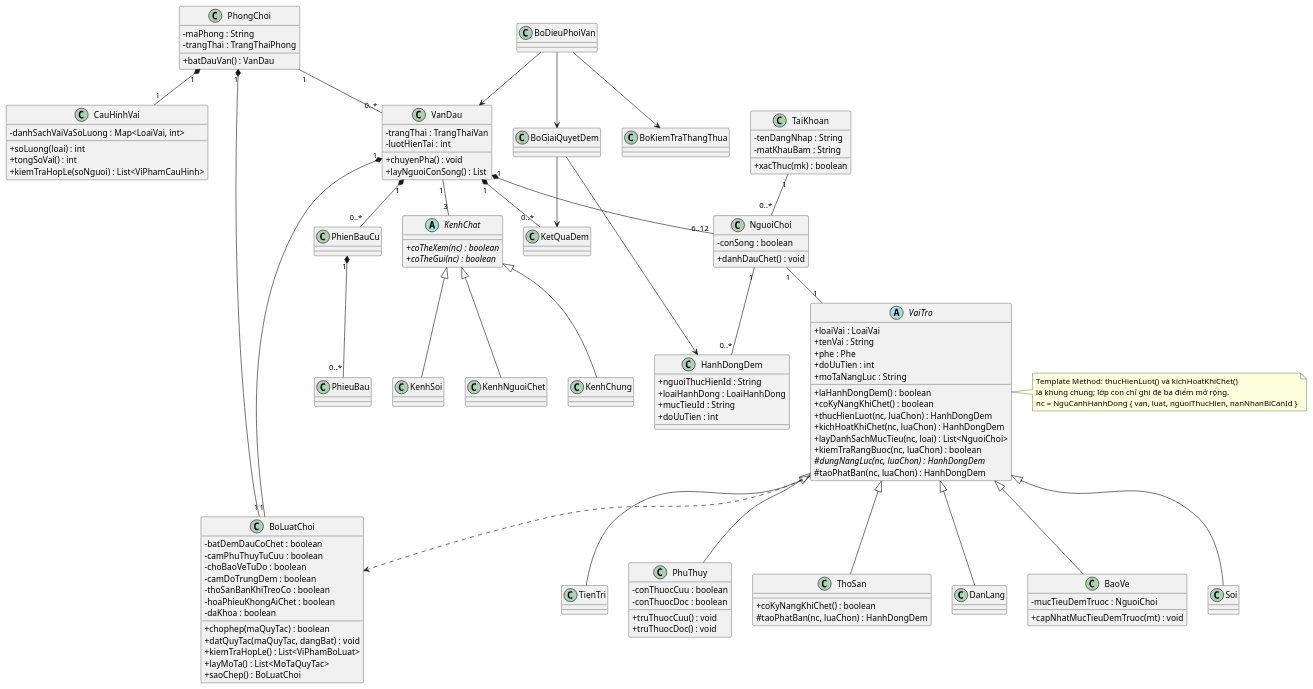
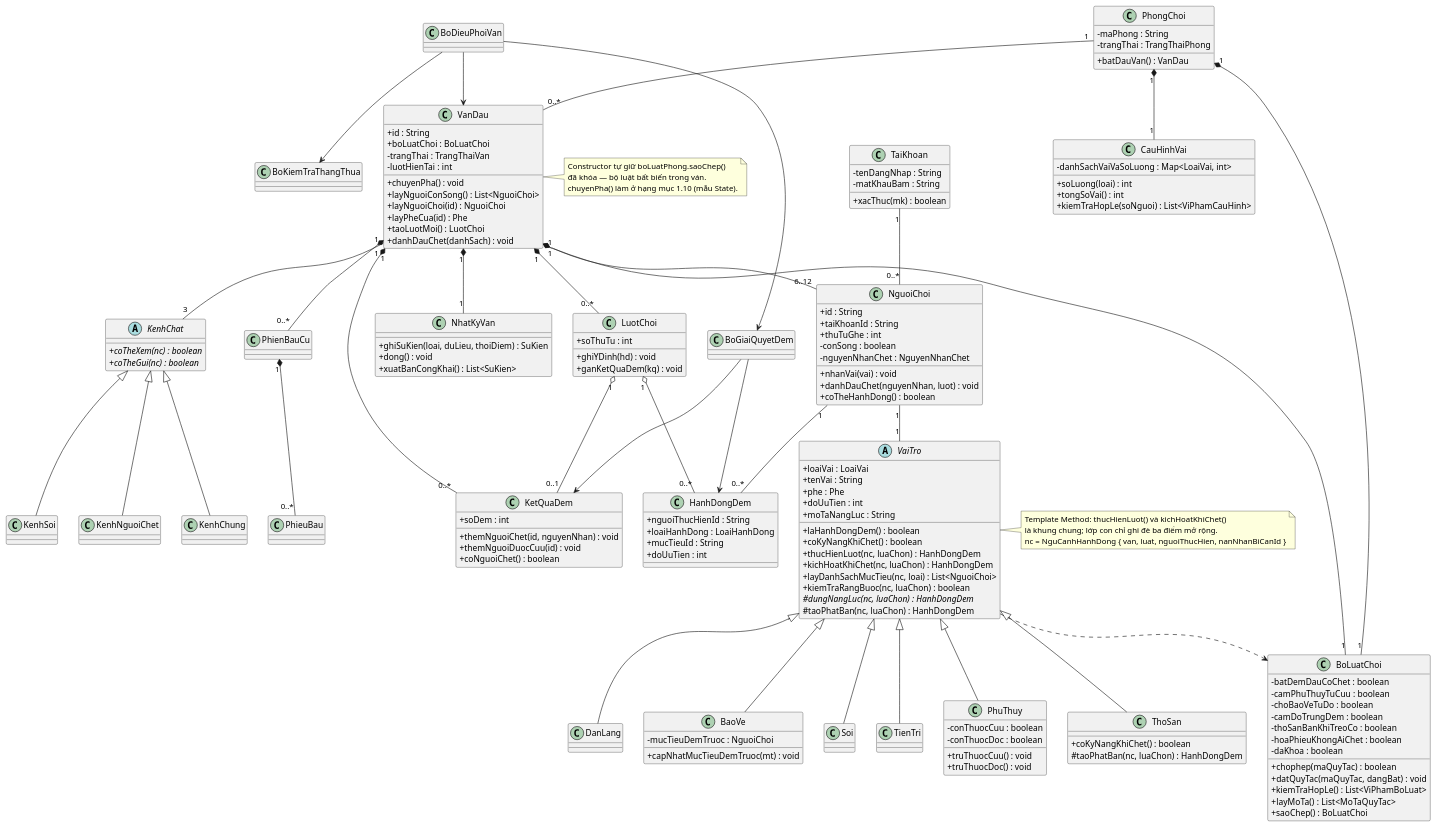
One commit to AlaVox-lab/WereWolf_Game changed the diagram in docs/diagrams/03-class-loi.puml. Above: the diagram before and after it, drawn with PlantUML. The commit also changed 12 other files, not shown here.

First line of the commit message:
feat(domain): thêm NguoiChoi, VanDau, LuotChoi, KetQuaDem, NhatKyVan

```diff
--- a/docs/diagrams/03-class-loi.puml
+++ b/docs/diagrams/03-class-loi.puml
@@ -3,126 +3,162 @@
 @startuml
 skinparam classAttributeIconSize 0
 abstract class VaiTro {
   + loaiVai : LoaiVai
   + tenVai : String
   + phe : Phe
   + doUuTien : int
   + moTaNangLuc : String
   + laHanhDongDem() : boolean
   + coKyNangKhiChet() : boolean
   + thucHienLuot(nc, luaChon) : HanhDongDem
   + kichHoatKhiChet(nc, luaChon) : HanhDongDem
   + layDanhSachMucTieu(nc, loai) : List<NguoiChoi>
   + kiemTraRangBuoc(nc, luaChon) : boolean
   # {abstract} dungNangLuc(nc, luaChon) : HanhDongDem
   # taoPhatBan(nc, luaChon) : HanhDongDem
 }
 note right of VaiTro
   Template Method: thucHienLuot() và kichHoatKhiChet()
   là khung chung; lớp con chỉ ghi đè ba điểm mở rộng.
   nc = NguCanhHanhDong { van, luat, nguoiThucHien, nanNhanBiCanId }
 end note
 class DanLang
 class BaoVe {
   - mucTieuDemTruoc : NguoiChoi
   + capNhatMucTieuDemTruoc(mt) : void
 }
 class Soi
 class TienTri
 class PhuThuy {
   - conThuocCuu : boolean
   - conThuocDoc : boolean
   + truThuocCuu() : void
   + truThuocDoc() : void
 }
 class ThoSan {
   + coKyNangKhiChet() : boolean
   # taoPhatBan(nc, luaChon) : HanhDongDem
 }
 VaiTro <|-- DanLang
 VaiTro <|-- BaoVe
 VaiTro <|-- Soi
 VaiTro <|-- TienTri
 VaiTro <|-- PhuThuy
 VaiTro <|-- ThoSan
 abstract class KenhChat {
   + {abstract} coTheXem(nc) : boolean
   + {abstract} coTheGui(nc) : boolean
 }
 class KenhChung
 class KenhSoi
 class KenhNguoiChet
 KenhChat <|-- KenhChung
 KenhChat <|-- KenhSoi
 KenhChat <|-- KenhNguoiChet
 class TaiKhoan {
   - tenDangNhap : String
   - matKhauBam : String
   + xacThuc(mk) : boolean
 }
 class BoLuatChoi {
   - batDemDauCoChet : boolean
   - camPhuThuyTuCuu : boolean
   - choBaoVeTuDo : boolean
   - camDoTrungDem : boolean
   - thoSanBanKhiTreoCo : boolean
   - hoaPhieuKhongAiChet : boolean
   - daKhoa : boolean
   + chophep(maQuyTac) : boolean
   + datQuyTac(maQuyTac, dangBat) : void
   + kiemTraHopLe() : List<ViPhamBoLuat>
   + layMoTa() : List<MoTaQuyTac>
   + saoChep() : BoLuatChoi
 }
 class CauHinhVai {
   - danhSachVaiVaSoLuong : Map<LoaiVai, int>
   + soLuong(loai) : int
   + tongSoVai() : int
   + kiemTraHopLe(soNguoi) : List<ViPhamCauHinh>
 }
 class PhongChoi {
   - maPhong : String
   - trangThai : TrangThaiPhong
   + batDauVan() : VanDau
 }
 class VanDau {
+  + id : String
+  + boLuatChoi : BoLuatChoi
   - trangThai : TrangThaiVan
   - luotHienTai : int
   + chuyenPha() : void
-  + layNguoiConSong() : List
+  + layNguoiConSong() : List<NguoiChoi>
+  + layNguoiChoi(id) : NguoiChoi
+  + layPheCua(id) : Phe
+  + taoLuotMoi() : LuotChoi
+  + danhDauChet(danhSach) : void
 }
+note right of VanDau
+  Constructor tự giữ boLuatPhong.saoChep()
+  đã khóa — bộ luật bất biến trong ván.
+  chuyenPha() làm ở hạng mục 1.10 (mẫu State).
+end note
 class NguoiChoi {
+  + id : String
+  + taiKhoanId : String
+  + thuTuGhe : int
   - conSong : boolean
-  + danhDauChet() : void
+  - nguyenNhanChet : NguyenNhanChet
+  + nhanVai(vai) : void
+  + danhDauChet(nguyenNhan, luot) : void
+  + coTheHanhDong() : boolean
+}
+class LuotChoi {
+  + soThuTu : int
+  + ghiYDinh(hd) : void
+  + ganKetQuaDem(kq) : void
+}
+class NhatKyVan {
+  + ghiSuKien(loai, duLieu, thoiDiem) : SuKien
+  + dong() : void
+  + xuatBanCongKhai() : List<SuKien>
 }
 class HanhDongDem {
   + nguoiThucHienId : String
   + loaiHanhDong : LoaiHanhDong
   + mucTieuId : String
   + doUuTien : int
 }
-class KetQuaDem
+class KetQuaDem {
+  + soDem : int
+  + themNguoiChet(id, nguyenNhan) : void
+  + themNguoiDuocCuu(id) : void
+  + coNguoiChet() : boolean
+}
 class PhienBauCu
 class PhieuBau
 class BoDieuPhoiVan
 class BoGiaiQuyetDem
 class BoKiemTraThangThua
 TaiKhoan "1" -- "0..*" NguoiChoi
 PhongChoi "1" -- "0..*" VanDau
 PhongChoi "1" *-- "1" BoLuatChoi
 PhongChoi "1" *-- "1" CauHinhVai
 VanDau "1" *-- "1" BoLuatChoi
 VaiTro ..> BoLuatChoi
 VanDau "1" *-- "6..12" NguoiChoi
 NguoiChoi "1" -- "1" VaiTro
 NguoiChoi "1" -- "0..*" HanhDongDem
+VanDau "1" *-- "0..*" LuotChoi
+LuotChoi "1" o-- "0..*" HanhDongDem
+LuotChoi "1" o-- "0..1" KetQuaDem
+VanDau "1" *-- "1" NhatKyVan
 VanDau "1" *-- "0..*" KetQuaDem
 VanDau "1" *-- "0..*" PhienBauCu
 PhienBauCu "1" *-- "0..*" PhieuBau
 VanDau "1" -- "3" KenhChat
 BoDieuPhoiVan --> VanDau
 BoDieuPhoiVan --> BoGiaiQuyetDem
 BoGiaiQuyetDem --> HanhDongDem
 BoGiaiQuyetDem --> KetQuaDem
 BoDieuPhoiVan --> BoKiemTraThangThua
 @enduml
```
